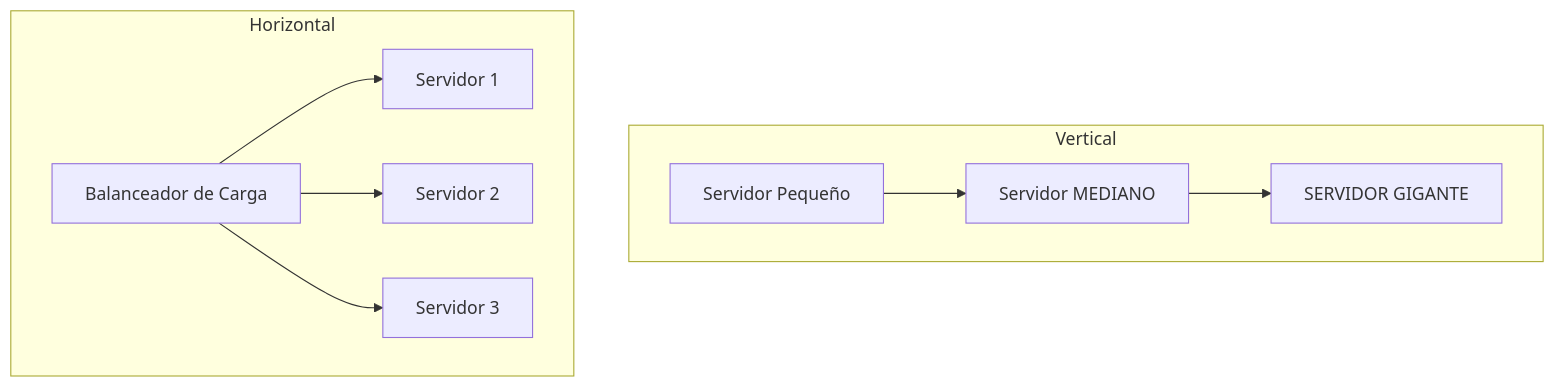
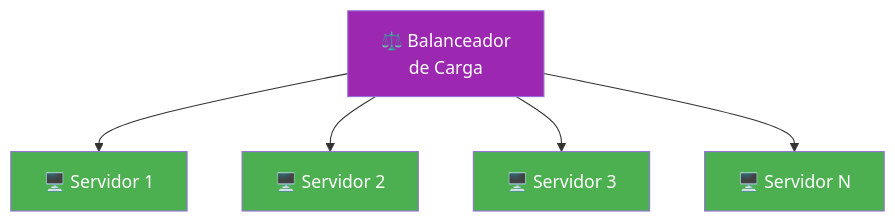
One commit to joseluisgs/DesarrolloWebEntornosServidor-01-2026-2027 changed the third of 7 diagrams in 09-despliegue.md. Above: the diagram before and after it, drawn with Mermaid. The commit also changed other lines of this file and 8 other files, not shown here.

````diff
--- a/09-despliegue.md
+++ b/09-despliegue.md
@@ -28,12 +89,13 @@
 ```mermaid
 graph TD
-    subgraph Vertical
-    S1[Servidor Pequeño] --> S2[Servidor MEDIANO] --> S3[SERVIDOR GIGANTE]
-    end
+    LB["⚖️ Balanceador<br/>de Carga"] --> S1["🖥️ Servidor 1"]
+    LB --> S2["🖥️ Servidor 2"]
+    LB --> S3["🖥️ Servidor 3"]
+    LB --> S4["🖥️ Servidor N"]
 
-    subgraph Horizontal
-    LB[Balanceador de Carga] --> H1[Servidor 1]
-    LB --> H2[Servidor 2]
-    LB --> H3[Servidor 3]
-    end
+    style LB fill:#9C27B0,color:#fff
+    style S1 fill:#4CAF50,color:#fff
+    style S2 fill:#4CAF50,color:#fff
+    style S3 fill:#4CAF50,color:#fff
+    style S4 fill:#4CAF50,color:#fff
 ```
````
